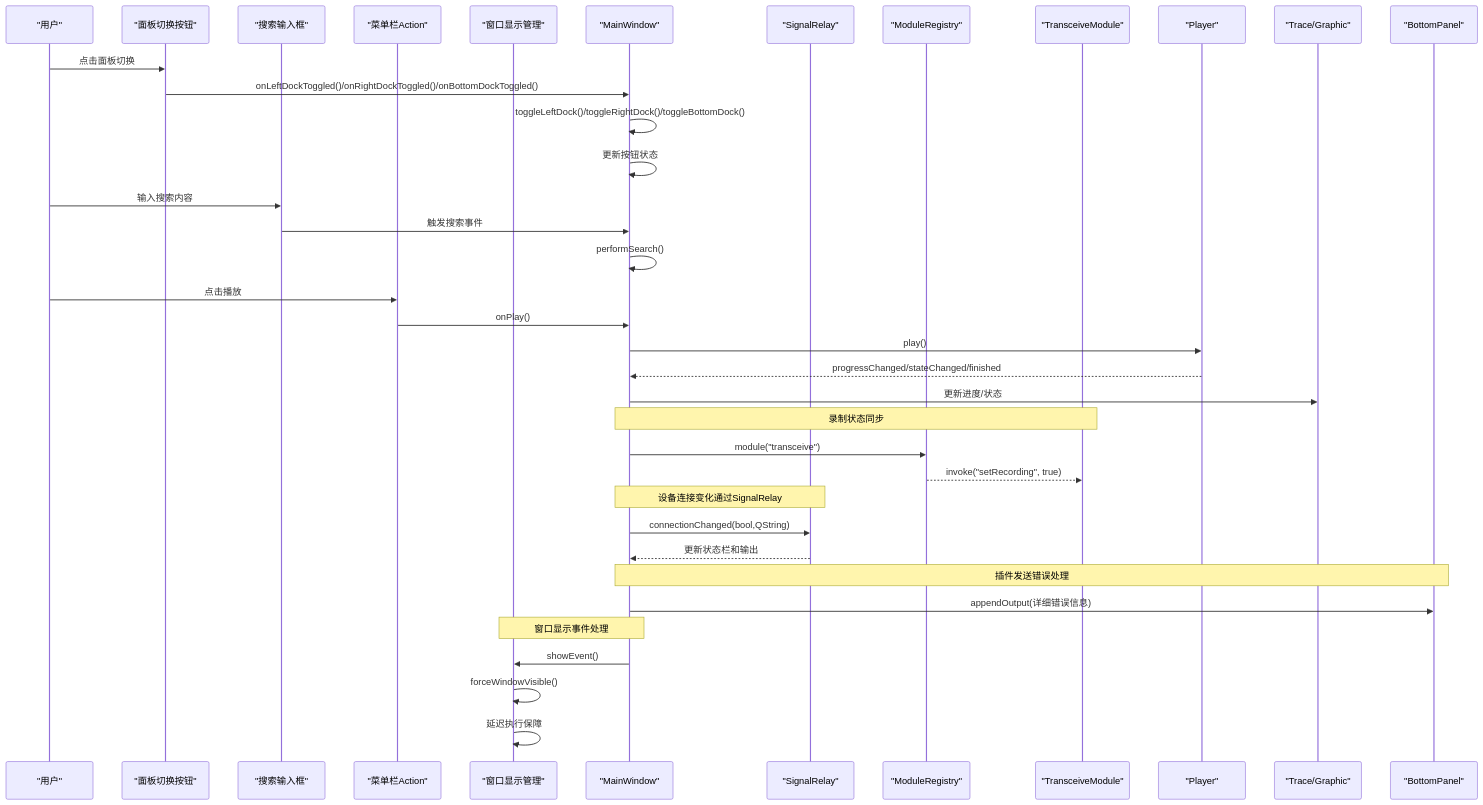
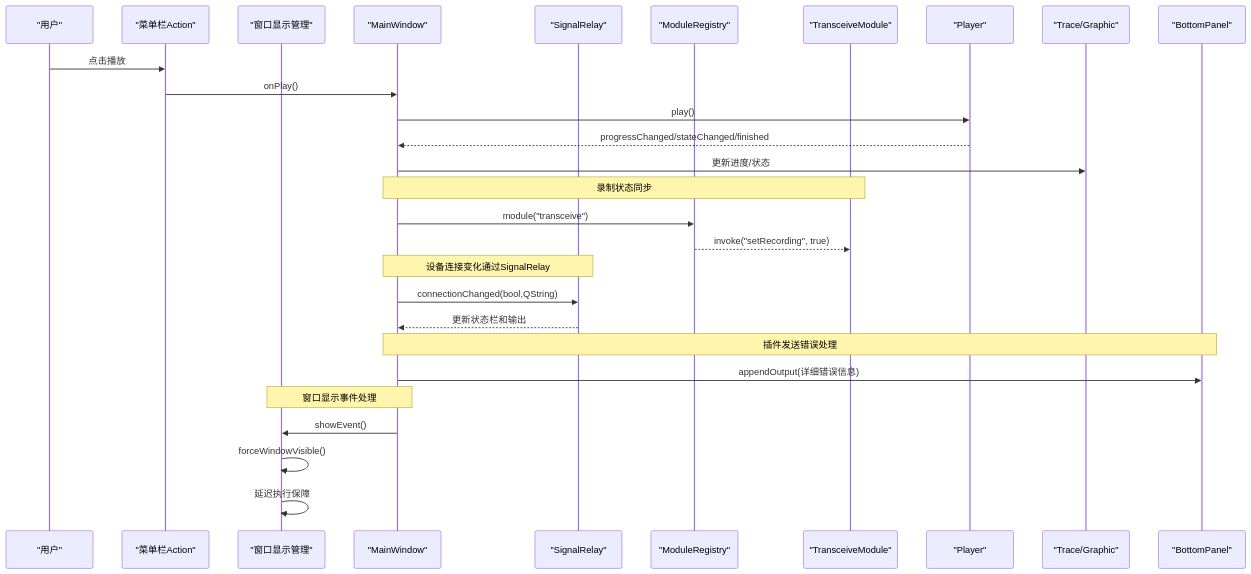
One commit to jakecai1225-design/OpenBus changed the fifth of 10 diagrams in .qoder/repowiki/zh/content/架构设计/主窗口组件架构.md. Above: the diagram before and after it, drawn with Mermaid. The commit also changed other lines of this file and 151 other files, not shown here.

````diff
--- a/.qoder/repowiki/zh/content/架构设计/主窗口组件架构.md
+++ b/.qoder/repowiki/zh/content/架构设计/主窗口组件架构.md
@@ -418,39 +280,30 @@
 ```mermaid
 sequenceDiagram
 participant User as "用户"
-participant PanelBtn as "面板切换按钮"
-participant SearchInput as "搜索输入框"
 participant Menu as "菜单栏Action"
 participant WindowShow as "窗口显示管理"
 participant MW as "MainWindow"
 participant SR as "SignalRelay"
 participant MR as "ModuleRegistry"
 participant TM as "TransceiveModule"
 participant Player as "Player"
 participant Tabs as "Trace/Graphic"
 participant BP as "BottomPanel"
-User->>PanelBtn : 点击面板切换
-PanelBtn->>MW : onLeftDockToggled()/onRightDockToggled()/onBottomDockToggled()
-MW->>MW : toggleLeftDock()/toggleRightDock()/toggleBottomDock()
-MW->>MW : 更新按钮状态
-User->>SearchInput : 输入搜索内容
-SearchInput->>MW : 触发搜索事件
-MW->>MW : performSearch()
 User->>Menu : 点击播放
 Menu->>MW : onPlay()
 MW->>Player : play()
 Player-->>MW : progressChanged/stateChanged/finished
 MW->>Tabs : 更新进度/状态
 Note over MW,TM : 录制状态同步
 MW->>MR : module("transceive")
 MR-->>TM : invoke("setRecording", true)
 Note over MW,SR : 设备连接变化通过SignalRelay
 MW->>SR : connectionChanged(bool,QString)
 SR-->>MW : 更新状态栏和输出
 Note over MW,BP : 插件发送错误处理
 MW->>BP : appendOutput(详细错误信息)
 Note over MW,WindowShow : 窗口显示事件处理
 MW->>WindowShow : showEvent()
 WindowShow->>WindowShow : forceWindowVisible()
 WindowShow->>WindowShow : 延迟执行保障
 ```
````
